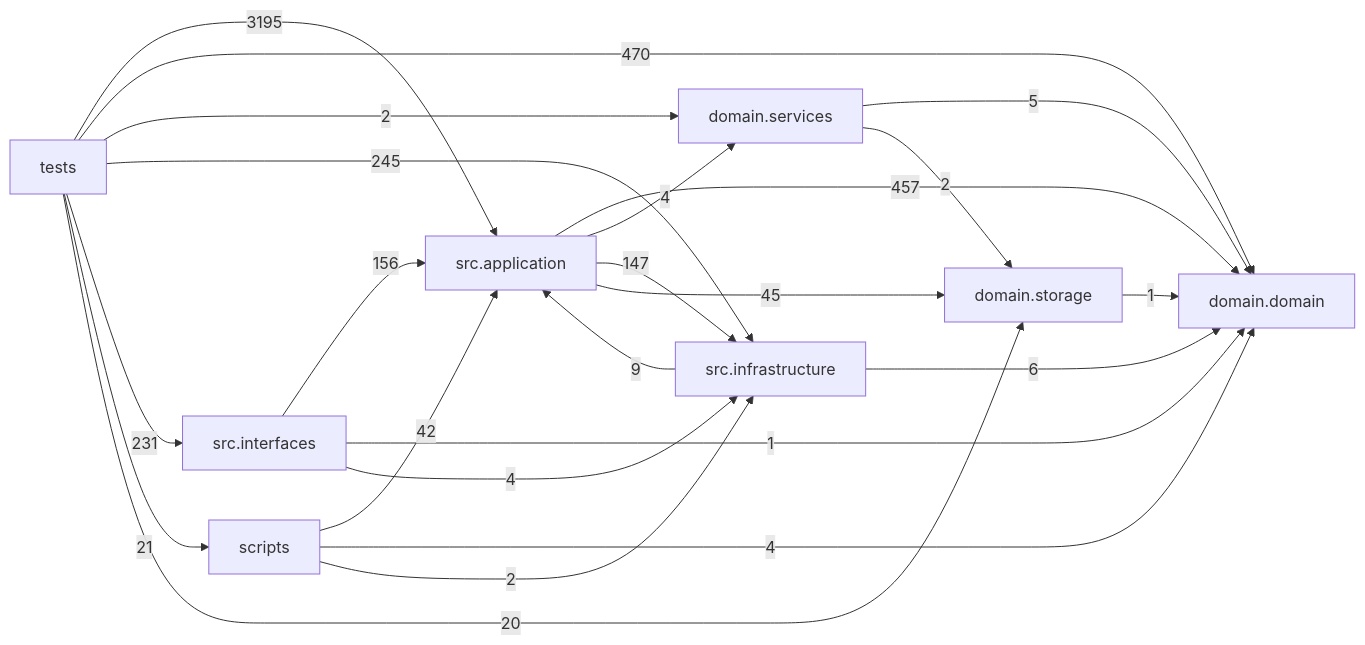
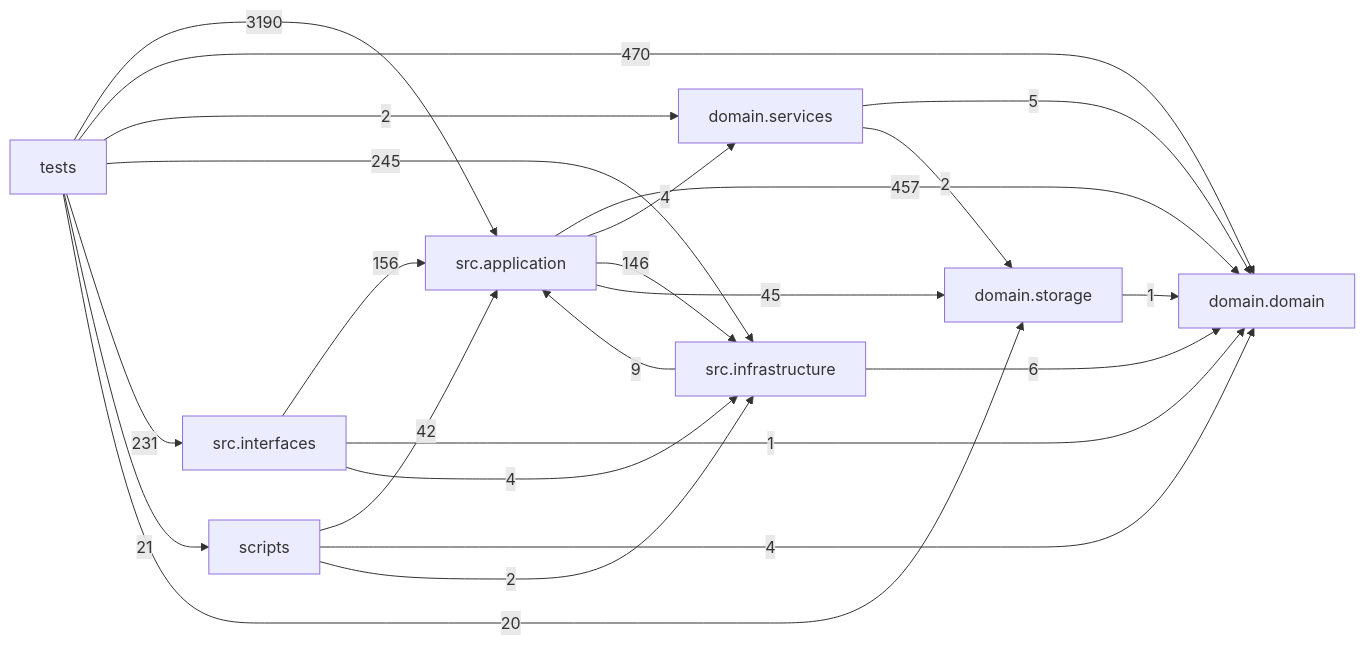
The diagram in docs/DEPENDENCY_GRAPH.md (liuxie066/options-monitor), drawn with Mermaid before and after one commit. The commit also changed other lines of this file and 2 other files, not shown here.

Commit message:
docs(tools): document missing gateway tools and refresh dependency graph

````diff
--- a/docs/DEPENDENCY_GRAPH.md
+++ b/docs/DEPENDENCY_GRAPH.md
@@ -24,33 +24,33 @@
 ```mermaid
 flowchart LR
   tests["tests"]
   scripts["scripts"]
   interfaces["src.interfaces"]
   application["src.application"]
   infrastructure["src.infrastructure"]
   domain_services["domain.services"]
   domain["domain.domain"]
   storage["domain.storage"]
   application -->|457| domain
   application -->|4| domain_services
-  application -->|147| infrastructure
+  application -->|146| infrastructure
   application -->|45| storage
   domain_services -->|5| domain
   domain_services -->|2| storage
   infrastructure -->|9| application
   infrastructure -->|6| domain
   interfaces -->|156| application
   interfaces -->|1| domain
   interfaces -->|4| infrastructure
   scripts -->|42| application
   scripts -->|4| domain
   scripts -->|2| infrastructure
   storage -->|1| domain
-  tests -->|3195| application
+  tests -->|3190| application
   tests -->|470| domain
   tests -->|2| domain_services
   tests -->|245| infrastructure
   tests -->|231| interfaces
   tests -->|21| scripts
   tests -->|20| storage
 ```
````
